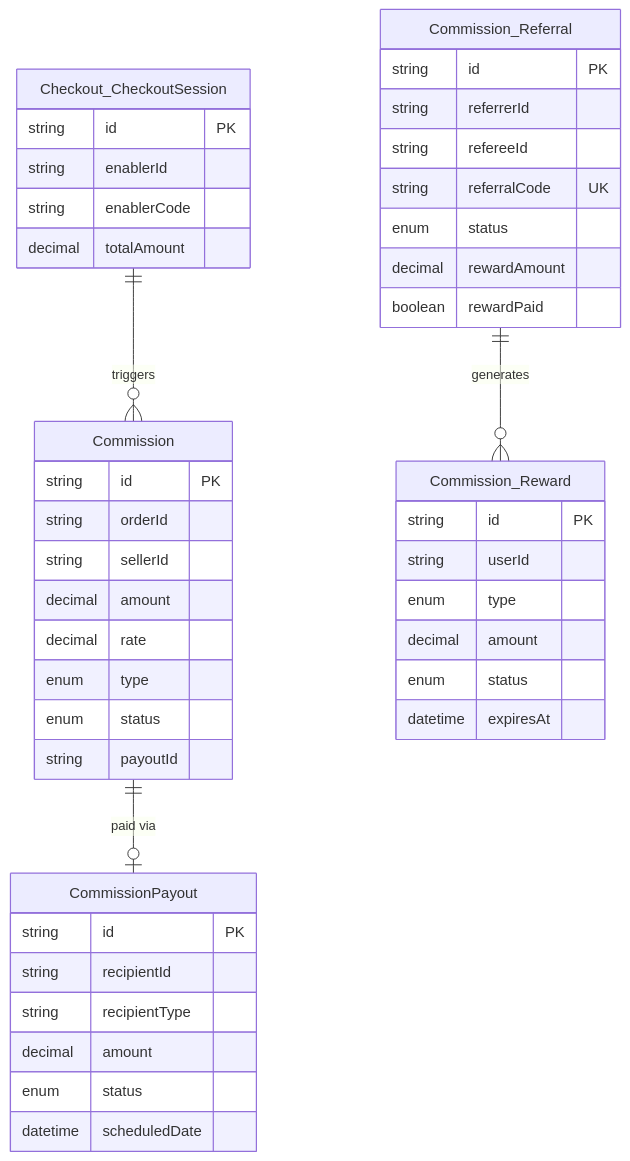
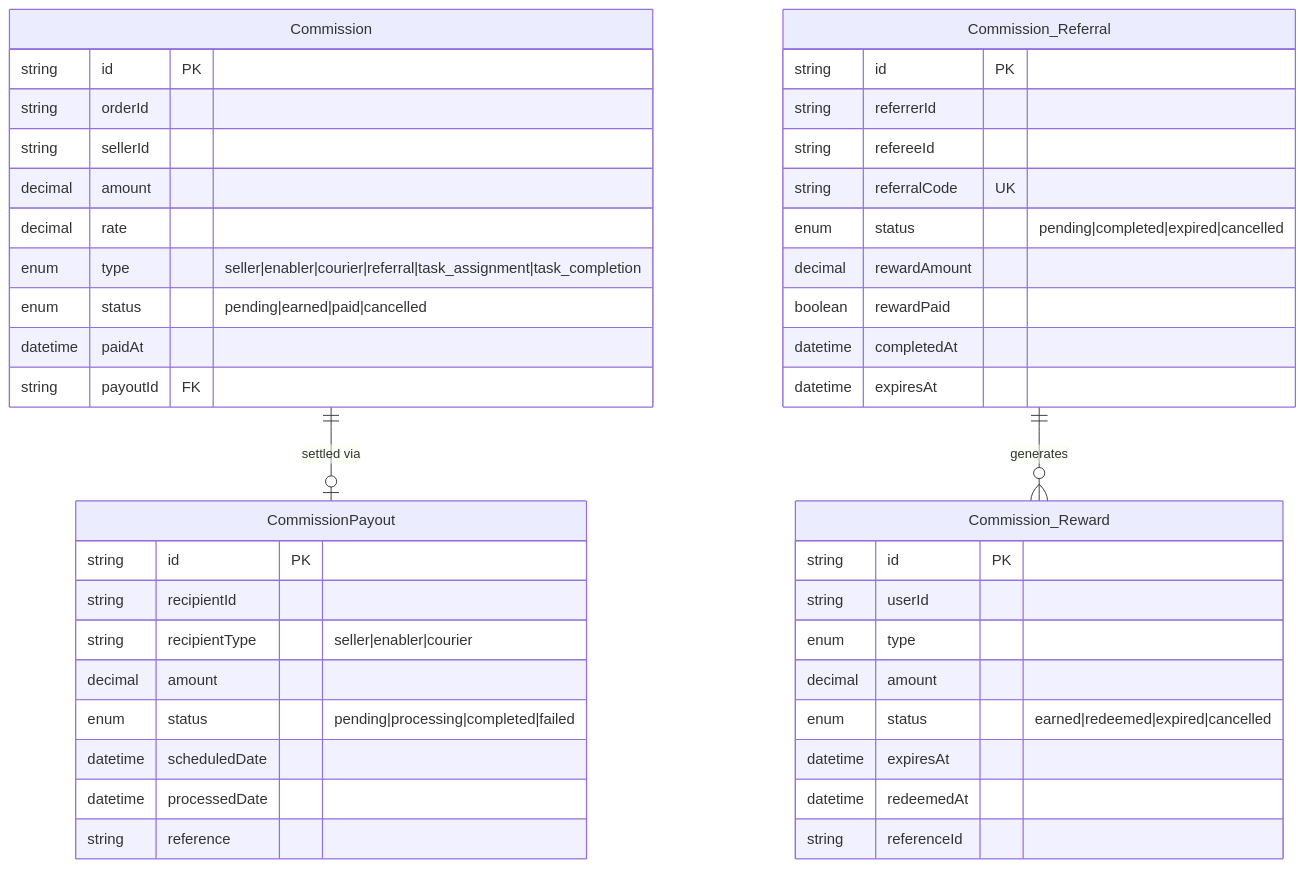
The sixth of 7 diagrams in docs/architecture/database-relationship-diagrams.md (maysar-014/maysar-express-backend), drawn with Mermaid before and after one commit. The commit also changed other lines of this file and 5 other files, not shown here.

First line of the commit message:
docs: rebuild diagrams from actual source code evidence

````diff
--- a/docs/architecture/database-relationship-diagrams.md
+++ b/docs/architecture/database-relationship-diagrams.md
@@ -442,52 +425,51 @@
 ```mermaid
 erDiagram
     Commission {
         string id PK
         string orderId
         string sellerId
         decimal amount
         decimal rate
-        enum type
-        enum status
-        string payoutId
+        enum type "seller|enabler|courier|referral|task_assignment|task_completion"
+        enum status "pending|earned|paid|cancelled"
+        datetime paidAt
+        string payoutId FK
+    }
+
+    CommissionPayout {
+        string id PK
+        string recipientId
+        string recipientType "seller|enabler|courier"
+        decimal amount
+        enum status "pending|processing|completed|failed"
+        datetime scheduledDate
+        datetime processedDate
+        string reference
     }
 
     Commission_Referral {
         string id PK
         string referrerId
         string refereeId
         string referralCode UK
-        enum status
+        enum status "pending|completed|expired|cancelled"
         decimal rewardAmount
         boolean rewardPaid
+        datetime completedAt
+        datetime expiresAt
     }
 
     Commission_Reward {
         string id PK
         string userId
         enum type
         decimal amount
-        enum status
+        enum status "earned|redeemed|expired|cancelled"
         datetime expiresAt
+        datetime redeemedAt
+        string referenceId
     }
 
-    CommissionPayout {
-        string id PK
-        string recipientId
-        string recipientType
-        decimal amount
-        enum status
-        datetime scheduledDate
-    }
-
-    Checkout_CheckoutSession {
-        string id PK
-        string enablerId
-        string enablerCode
-        decimal totalAmount
-    }
-
-    Commission ||--o| CommissionPayout : "paid via"
+    Commission ||--o| CommissionPayout : "settled via"
     Commission_Referral ||--o{ Commission_Reward : "generates"
-    Checkout_CheckoutSession ||--o{ Commission : "triggers"
 ```
````
